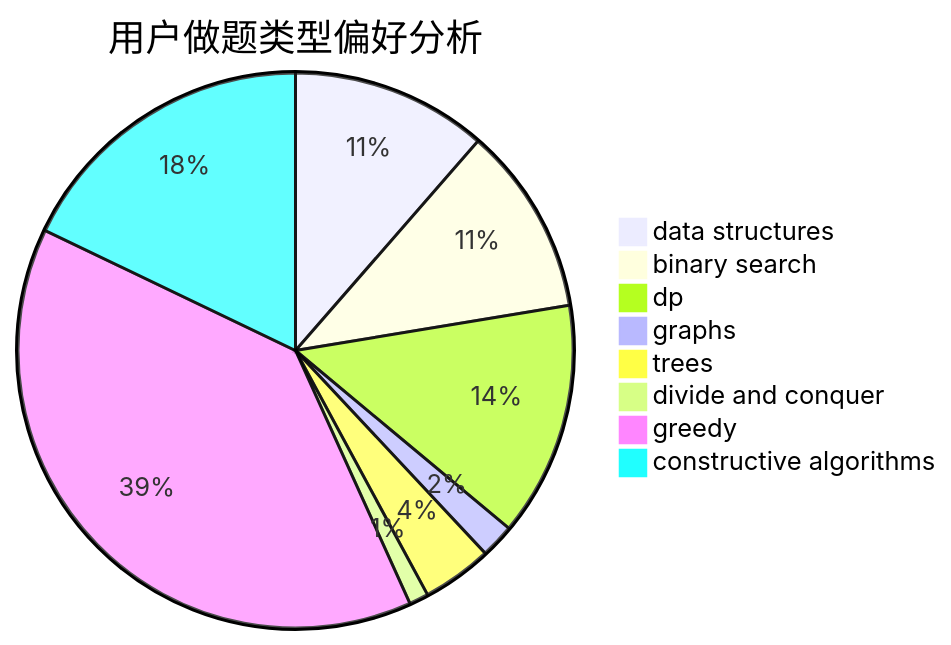
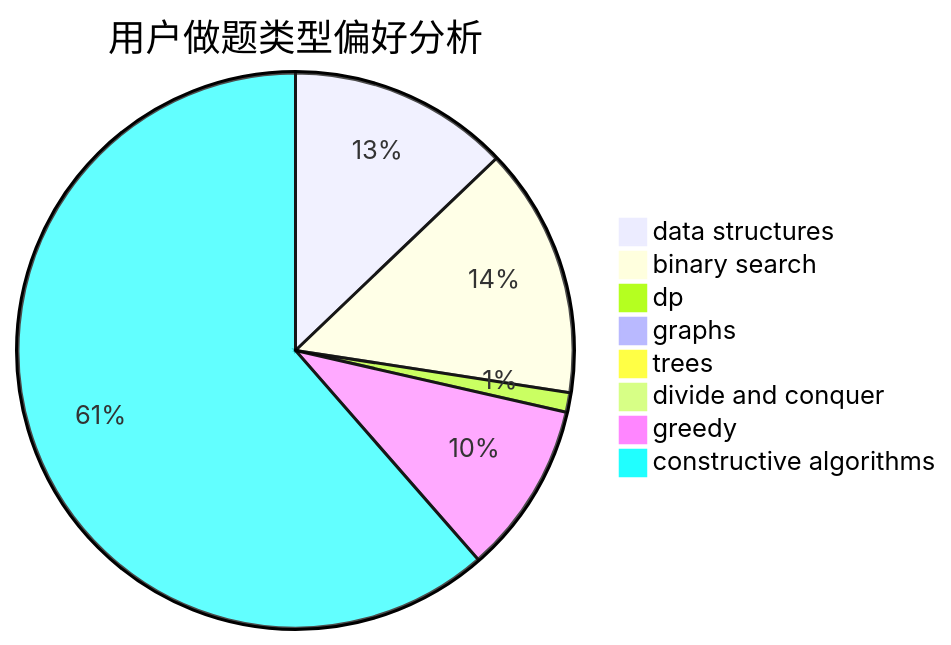
The second of 3 diagrams in docs/user/u2244.md (sherpahu/cfrs.github.io), drawn with Mermaid before and after one commit. The commit also changed other lines of this file and 2770 other files, not shown here.

````diff
--- a/docs/user/u2244.md
+++ b/docs/user/u2244.md
@@ -23,11 +23,11 @@
 ```mermaid
 pie title 用户做题类型偏好分析
-    "data structures" :  81
-    "binary search" :  78
-    "dp" :  97
-    "graphs" :  14
-    "trees" :  29
-    "divide and conquer" :  8
-    "greedy" :  276
-    "constructive algorithms" :  127
+    "data structures" :  45
+    "binary search" :  51
+    "dp" :  4
+    "graphs" :  3
+    "trees" :  0
+    "divide and conquer" :  0
+    "greedy" :  35
+    "constructive algorithms" :  215
 ```
````
